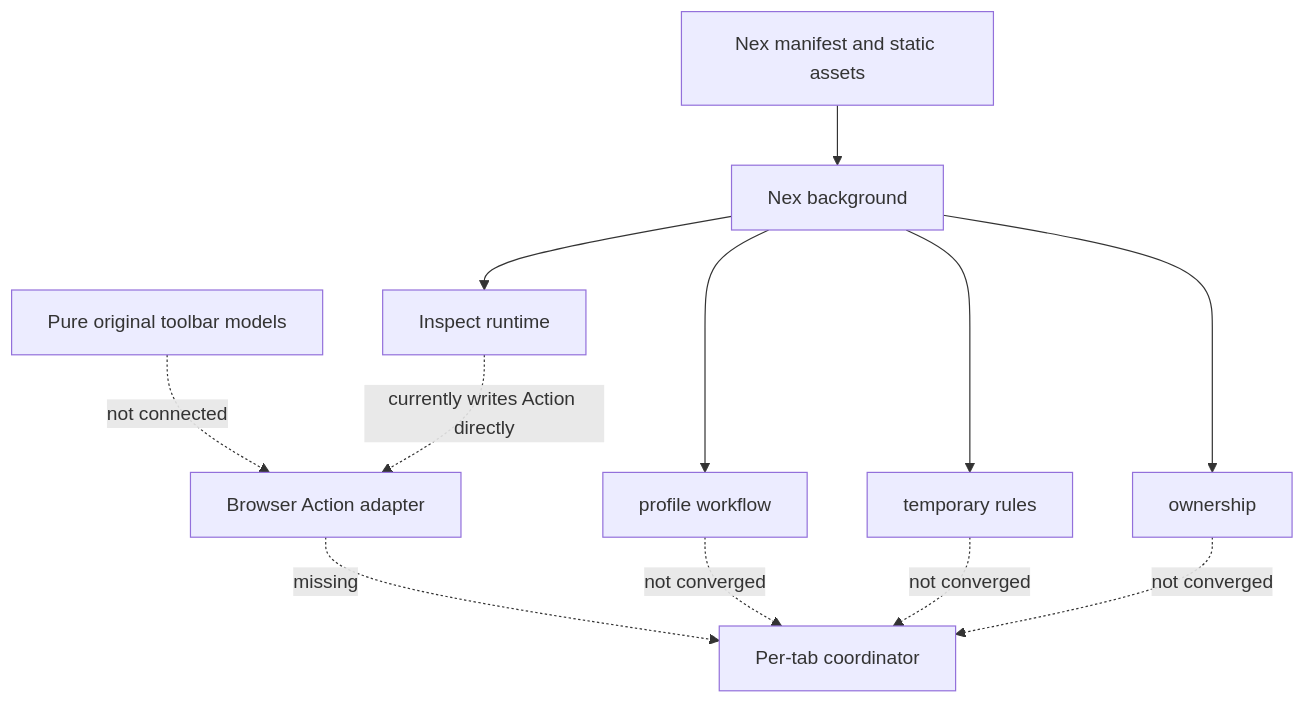
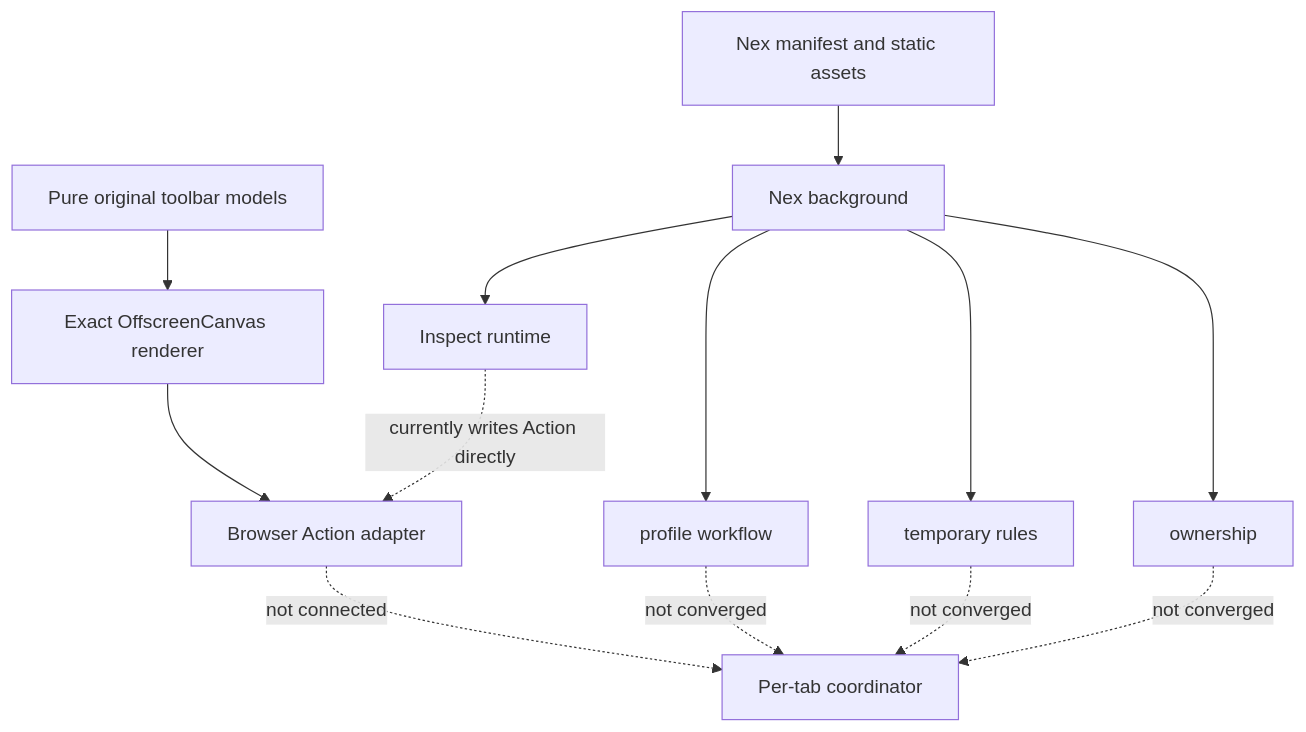
One commit to ChriX-Goh/ZeroOmega-Nex changed the second of 2 diagrams in docs/DELIVERY_ORDER_01_TOOLBAR_STATE.md. Above: the diagram before and after it, drawn with Mermaid. The commit also changed other lines of this file and 1 other file, not shown here.

Commit message:
docs: synchronize toolbar implementation checkpoint

````diff
--- a/docs/DELIVERY_ORDER_01_TOOLBAR_STATE.md
+++ b/docs/DELIVERY_ORDER_01_TOOLBAR_STATE.md
@@ -111,14 +111,15 @@
 ```mermaid
 graph TD
   M[Nex manifest and static assets] --> B[Nex background]
   B --> WF[profile workflow]
   B --> TEMP[temporary rules]
   B --> OWN[ownership]
   B --> INSPECT[Inspect runtime]
-  PURE[Pure original toolbar models] -. not connected .-> ACTION[Browser Action adapter]
-  ACTION -. missing .-> COORD[Per-tab coordinator]
+  PURE[Pure original toolbar models] --> RENDER[Exact OffscreenCanvas renderer]
+  RENDER --> ACTION[Browser Action adapter]
+  ACTION -. not connected .-> COORD[Per-tab coordinator]
   WF -. not converged .-> COORD
   TEMP -. not converged .-> COORD
   OWN -. not converged .-> COORD
   INSPECT -. currently writes Action directly .-> ACTION
 ```
````
